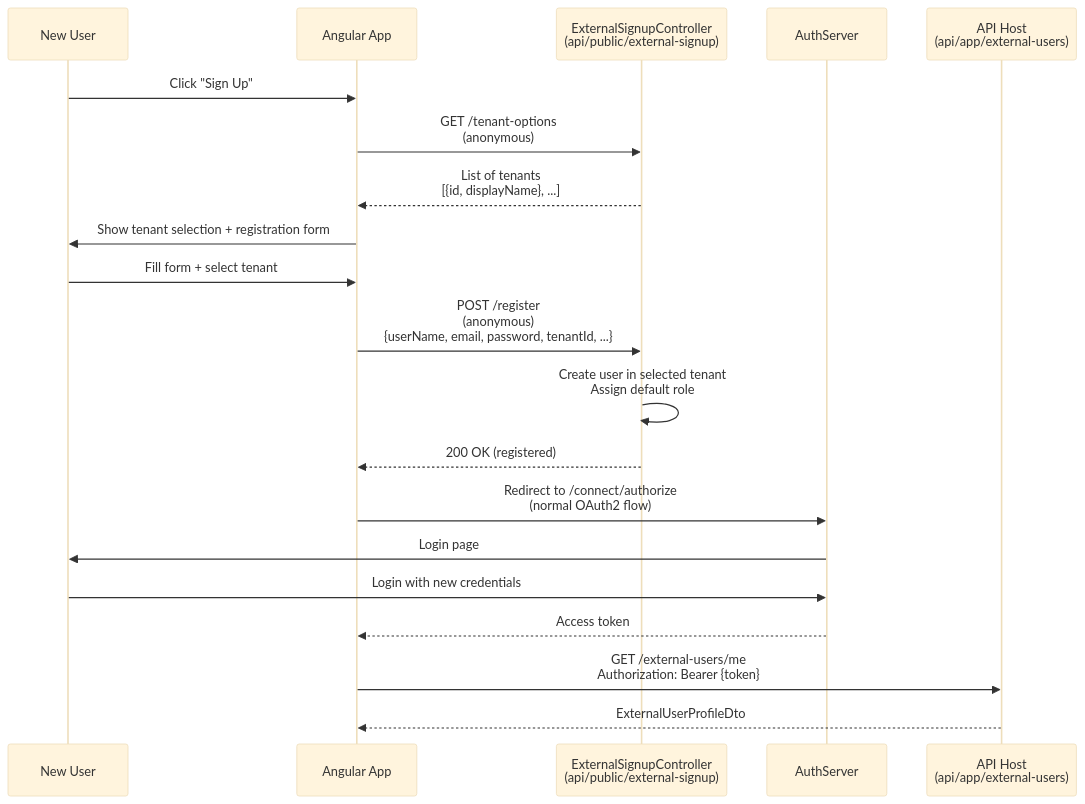
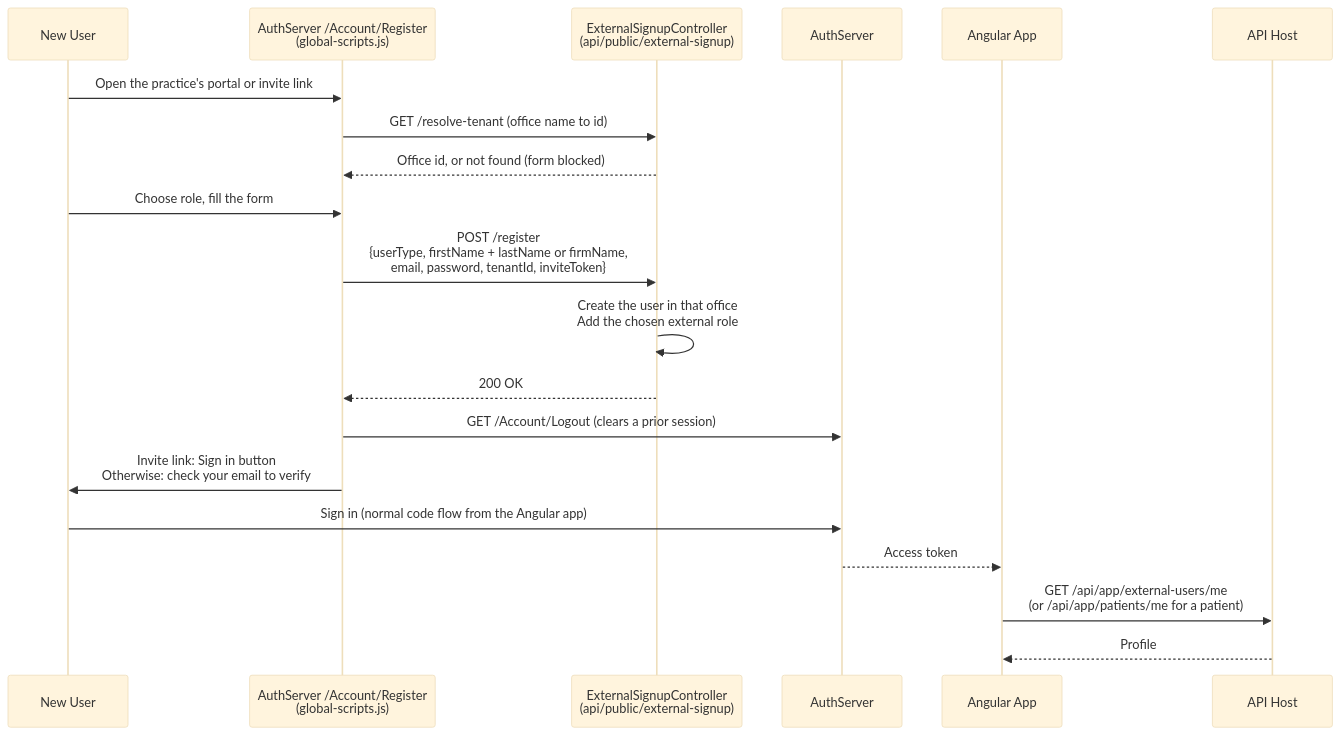
Before and after one commit to gesco-healthcare-support/hcs-patient-portal: the second of 3 diagrams in docs/api/AUTHENTICATION-FLOW.md, drawn with Mermaid (base theme). The commit also changed other lines of this file, not shown here.

Commit message:
docs(api): correct the sign-in scope and the sign-up sequence
- The SPA requests openid offline_access CaseEvaluation, not profile email roles
- Sign-up runs on the AuthServer Register page, not in the Angular app; no office picker

````diff
--- a/docs/api/AUTHENTICATION-FLOW.md
+++ b/docs/api/AUTHENTICATION-FLOW.md
@@ -156,23 +166,23 @@
 ```mermaid
 sequenceDiagram
     participant User as New User
-    participant App as Angular App
+    participant Reg as AuthServer /Account/Register<br/>(global-scripts.js)
     participant Public as ExternalSignupController<br/>(api/public/external-signup)
     participant Auth as AuthServer
-    participant API as API Host<br/>(api/app/external-users)
+    participant App as Angular App
+    participant API as API Host
 
-    User->>App: Click "Sign Up"
-    App->>Public: GET /tenant-options<br/>(anonymous)
-    Public-->>App: List of tenants<br/>[{id, displayName}, ...]
-    App->>User: Show tenant selection + registration form
-    User->>App: Fill form + select tenant
-    App->>Public: POST /register<br/>(anonymous)<br/>{userName, email, password, tenantId, ...}
-    Public->>Public: Create user in selected tenant<br/>Assign default role
-    Public-->>App: 200 OK (registered)
-    App->>Auth: Redirect to /connect/authorize<br/>(normal OAuth2 flow)
-    Auth->>User: Login page
-    User->>Auth: Login with new credentials
+    User->>Reg: Open the practice's portal or invite link
+    Reg->>Public: GET /resolve-tenant (office name to id)
+    Public-->>Reg: Office id, or not found (form blocked)
+    User->>Reg: Choose role, fill the form
+    Reg->>Public: POST /register<br/>{userType, firstName + lastName or firmName,<br/>email, password, tenantId, inviteToken}
+    Public->>Public: Create the user in that office<br/>Add the chosen external role
+    Public-->>Reg: 200 OK
+    Reg->>Auth: GET /Account/Logout (clears a prior session)
+    Reg->>User: Invite link: Sign in button<br/>Otherwise: check your email to verify
+    User->>Auth: Sign in (normal code flow from the Angular app)
     Auth-->>App: Access token
-    App->>API: GET /external-users/me<br/>Authorization: Bearer {token}
-    API-->>App: ExternalUserProfileDto
+    App->>API: GET /api/app/external-users/me<br/>(or /api/app/patients/me for a patient)
+    API-->>App: Profile
 ```
````
